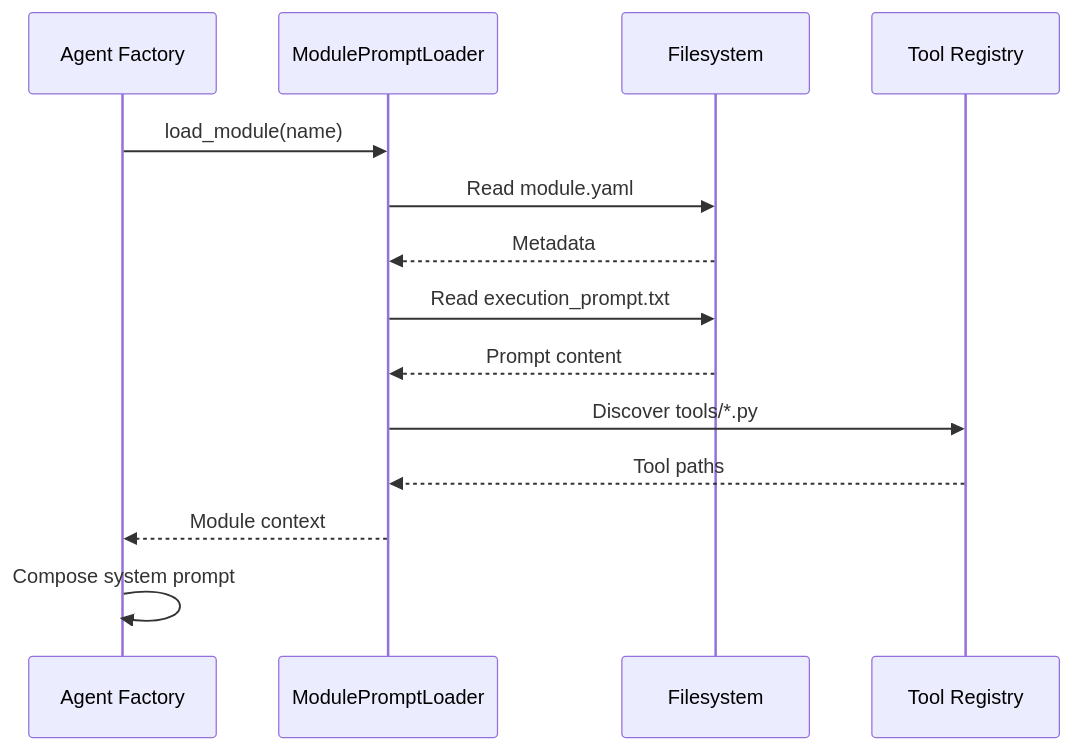
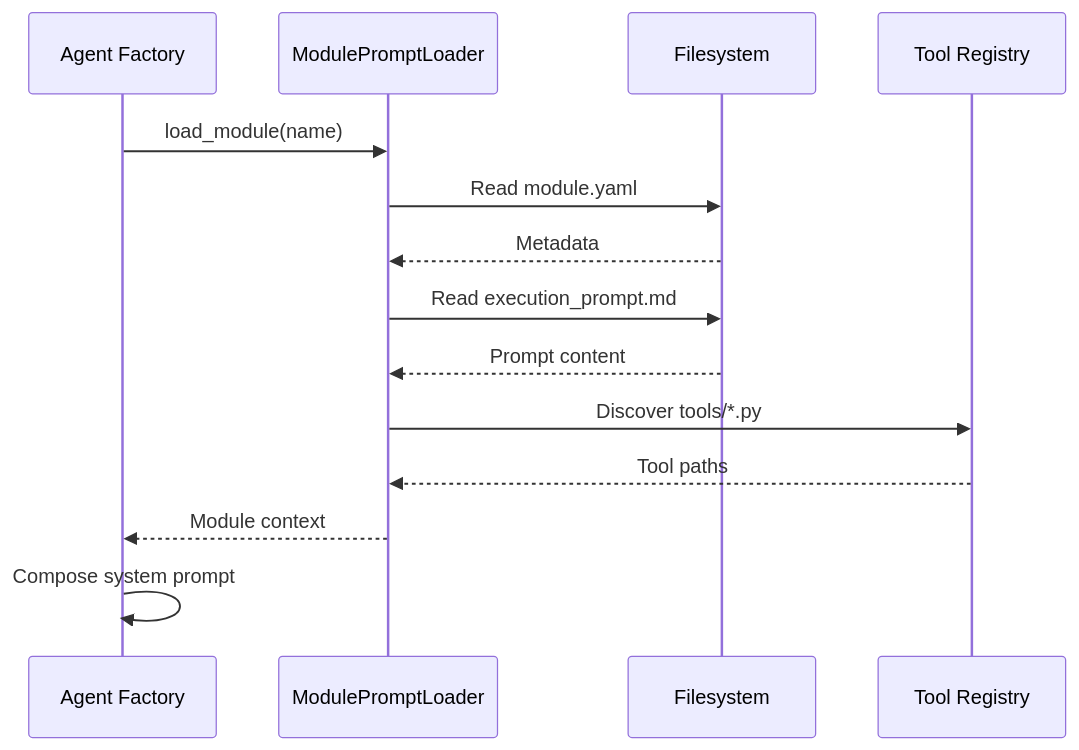
The second of 3 diagrams in src/modules/operation_plugins/README.md (westonbrown/Cyber-AutoAgent), drawn with Mermaid before and after one commit. The commit also changed other lines of this file and 8 other files, not shown here.

````diff
--- a/src/modules/operation_plugins/README.md
+++ b/src/modules/operation_plugins/README.md
@@ -69,17 +69,17 @@
 ```mermaid
 sequenceDiagram
     participant A as Agent Factory
     participant L as ModulePromptLoader
     participant F as Filesystem
     participant T as Tool Registry
 
     A->>L: load_module(name)
     L->>F: Read module.yaml
     F-->>L: Metadata
-    L->>F: Read execution_prompt.txt
+    L->>F: Read execution_prompt.md
     F-->>L: Prompt content
     L->>T: Discover tools/*.py
     T-->>L: Tool paths
     L-->>A: Module context
     A->>A: Compose system prompt
 ```
````
